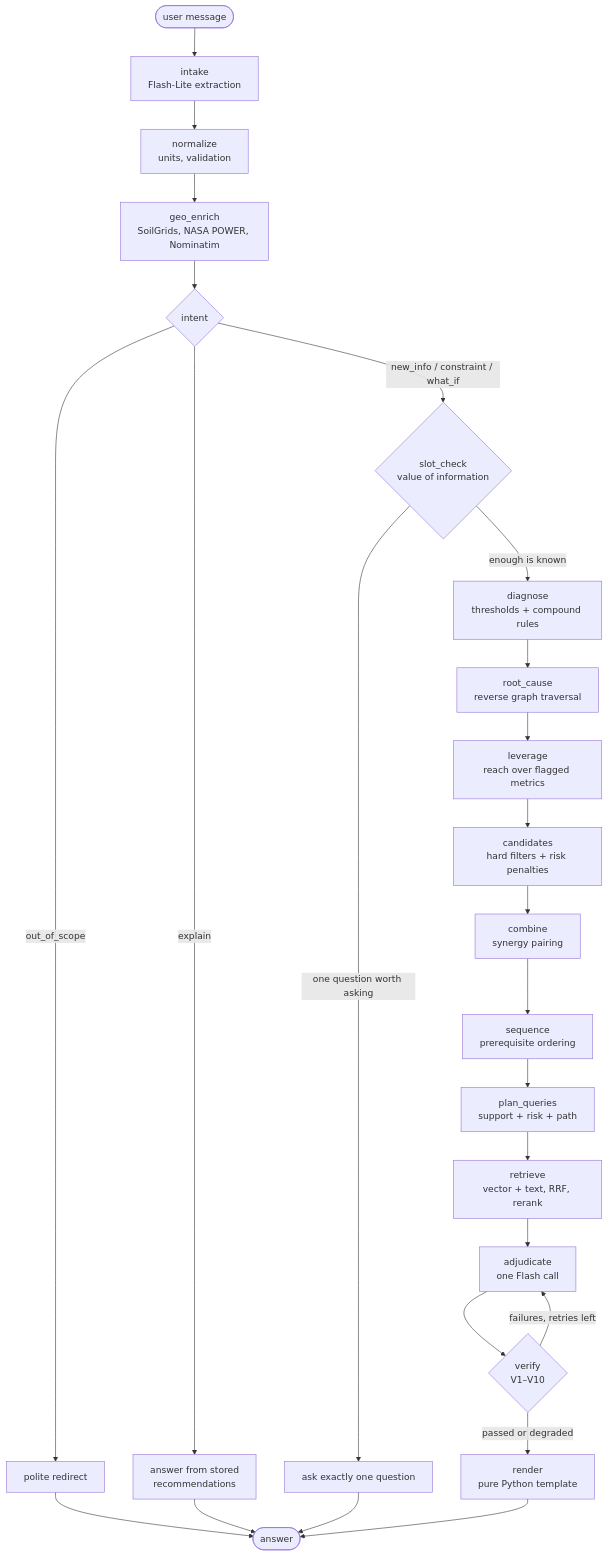
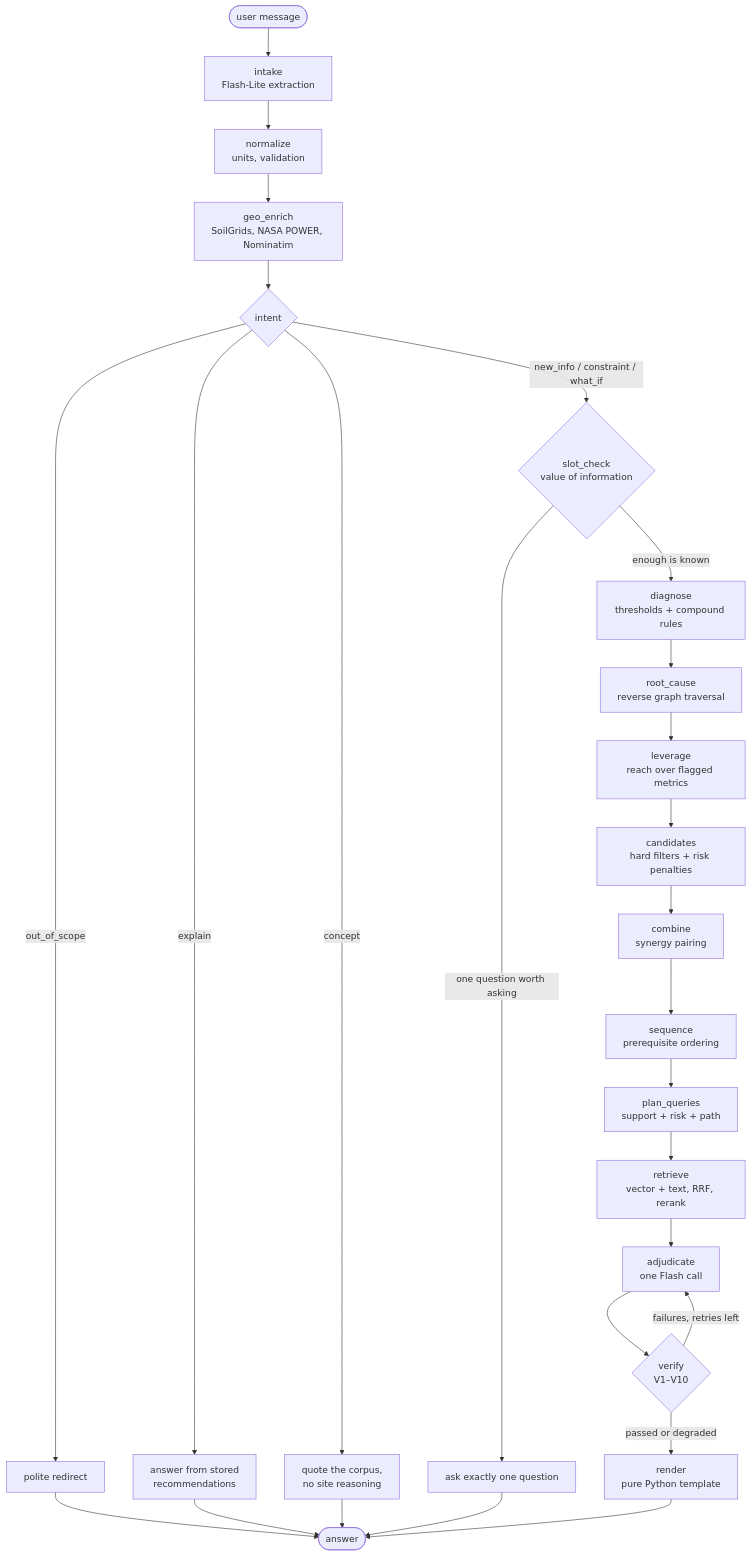
Before and after one commit to pankajkumar037/AI-Biodiversity-Intelligence-Bot: the diagram in README.md, drawn with Mermaid. The commit also changed other lines of this file and 4 other files, not shown here.

First line of the commit message:
Route concept questions to the corpus instead of the site pipeline

````diff
--- a/README.md
+++ b/README.md
@@ -15,27 +15,28 @@
 ```mermaid
 flowchart TD
     START([user message]) --> intake[intake<br/>Flash-Lite extraction]
     intake --> normalize[normalize<br/>units, validation]
     normalize --> geo[geo_enrich<br/>SoilGrids, NASA POWER, Nominatim]
     geo --> intent{intent}
 
     intent -->|out_of_scope| oos[polite redirect] --> END([answer])
     intent -->|explain| explain[answer from stored<br/>recommendations] --> END
+    intent -->|concept| concept[quote the corpus,<br/>no site reasoning] --> END
     intent -->|new_info / constraint / what_if| slot{slot_check<br/>value of information}
 
     slot -->|one question worth asking| ask[ask exactly one question] --> END
     slot -->|enough is known| diagnose[diagnose<br/>thresholds + compound rules]
 
     diagnose --> root[root_cause<br/>reverse graph traversal]
     root --> lev[leverage<br/>reach over flagged metrics]
     lev --> cand[candidates<br/>hard filters + risk penalties]
     cand --> comb[combine<br/>synergy pairing]
     comb --> seq[sequence<br/>prerequisite ordering]
     seq --> plan[plan_queries<br/>support + risk + path]
     plan --> ret[retrieve<br/>vector + text, RRF, rerank]
     ret --> adj[adjudicate<br/>one Flash call]
     adj --> ver{verify<br/>V1–V10}
     ver -->|failures, retries left| adj
     ver -->|passed or degraded| render[render<br/>pure Python template]
     render --> END
 ```
````
